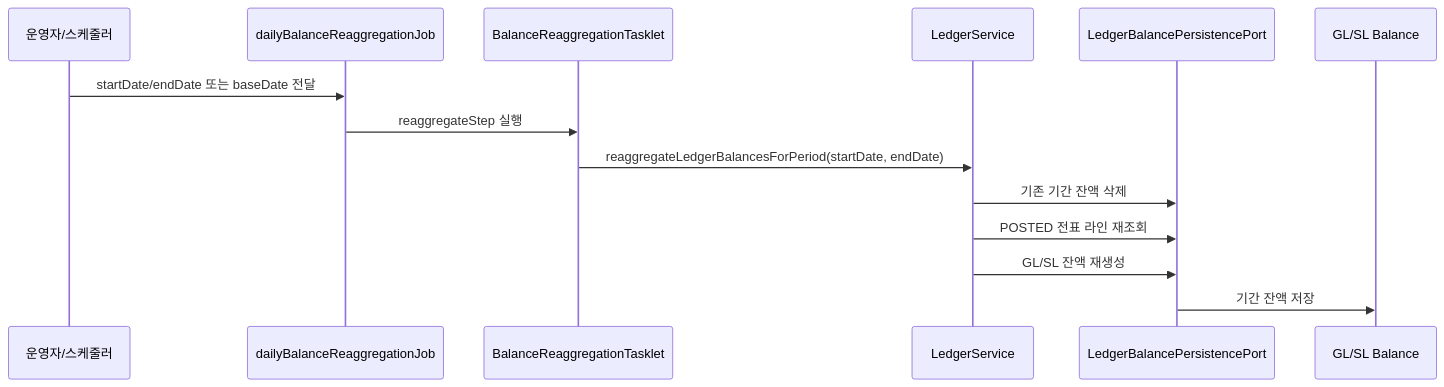
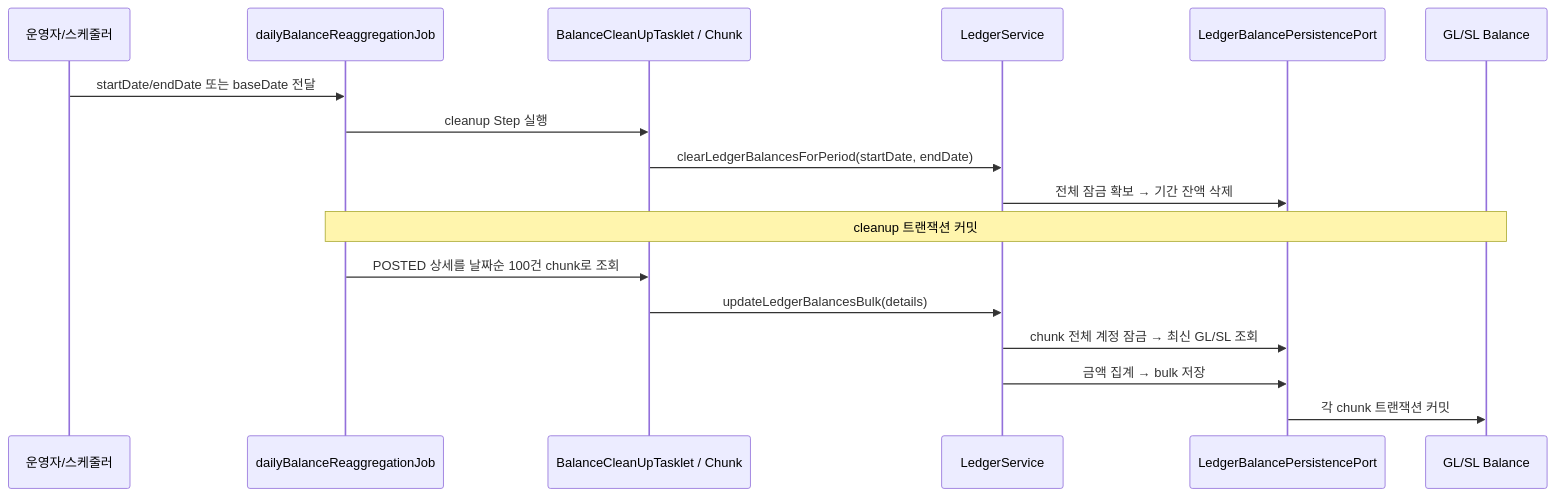
One commit to skyg547/account changed the third of 3 diagrams in journal-ledger/docs/process-flow.md. Above: the diagram before and after it, drawn with Mermaid. The commit also changed other lines of this file and 22 other files, not shown here.

````diff
--- a/journal-ledger/docs/process-flow.md
+++ b/journal-ledger/docs/process-flow.md
@@ -179,17 +179,20 @@
 ```mermaid
 sequenceDiagram
     participant Scheduler as 운영자/스케줄러
     participant Batch as dailyBalanceReaggregationJob
-    participant Tasklet as BalanceReaggregationTasklet
+    participant Tasklet as BalanceCleanUpTasklet / Chunk
     participant Service as LedgerService
     participant Port as LedgerBalancePersistencePort
     participant DB as GL/SL Balance
 
     Scheduler->>Batch: startDate/endDate 또는 baseDate 전달
-    Batch->>Tasklet: reaggregateStep 실행
-    Tasklet->>Service: reaggregateLedgerBalancesForPeriod(startDate, endDate)
-    Service->>Port: 기존 기간 잔액 삭제
-    Service->>Port: POSTED 전표 라인 재조회
-    Service->>Port: GL/SL 잔액 재생성
-    Port->>DB: 기간 잔액 저장
+    Batch->>Tasklet: cleanup Step 실행
+    Tasklet->>Service: clearLedgerBalancesForPeriod(startDate, endDate)
+    Service->>Port: 전체 잠금 확보 → 기간 잔액 삭제
+    Note over Batch, DB: cleanup 트랜잭션 커밋
+    Batch->>Tasklet: POSTED 상세를 날짜순 100건 chunk로 조회
+    Tasklet->>Service: updateLedgerBalancesBulk(details)
+    Service->>Port: chunk 전체 계정 잠금 → 최신 GL/SL 조회
+    Service->>Port: 금액 집계 → bulk 저장
+    Port->>DB: 각 chunk 트랜잭션 커밋
 ```
````
